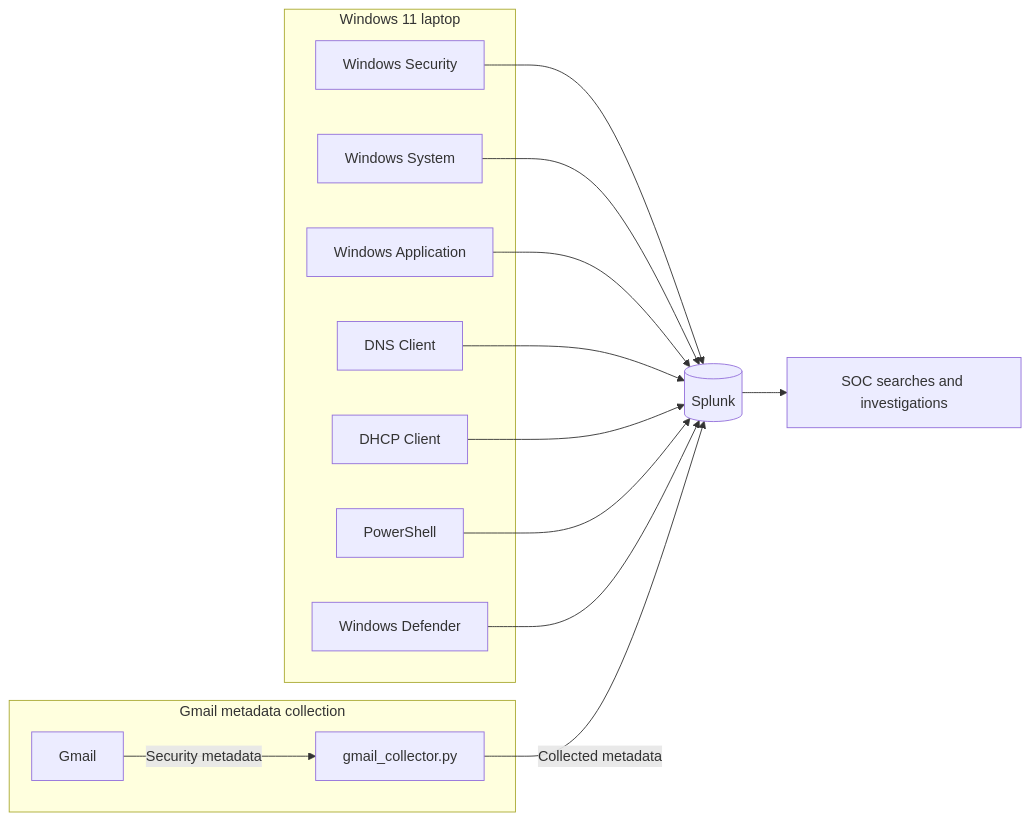
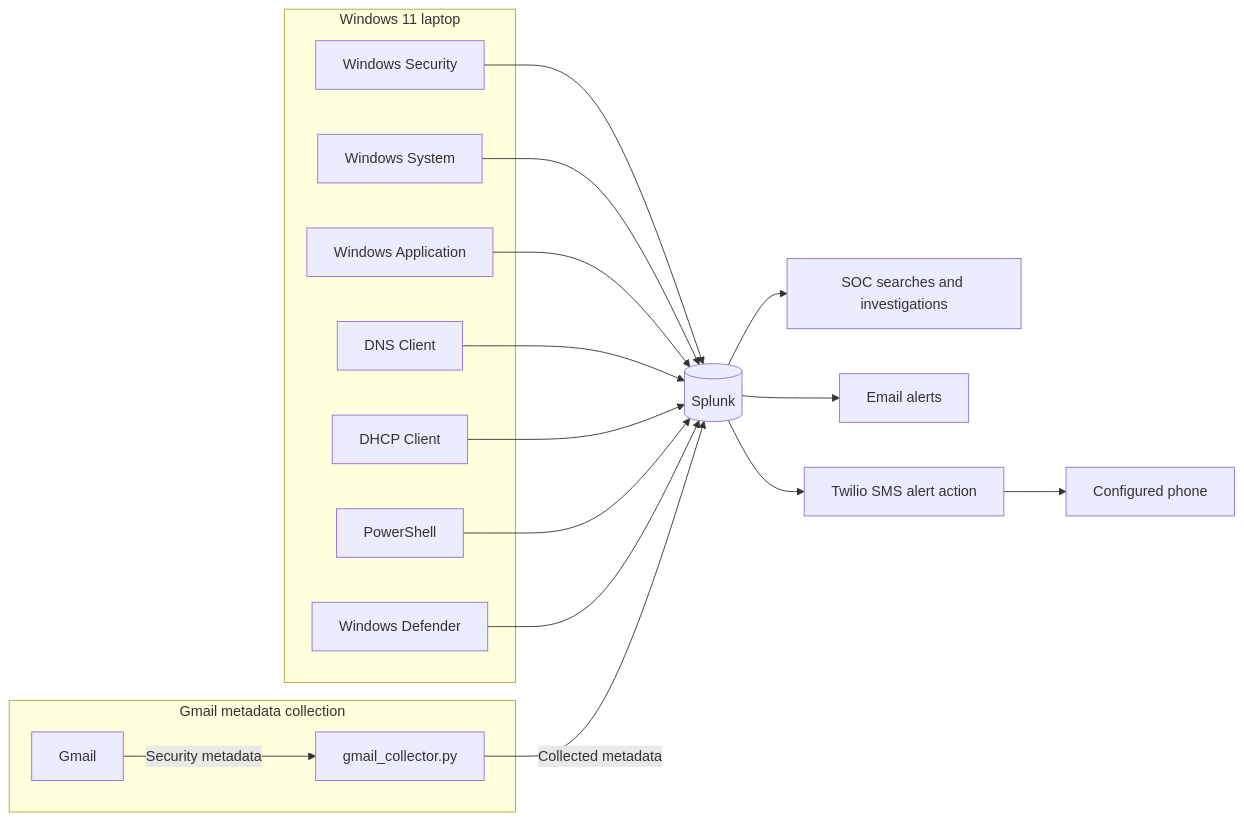
One commit to Manojgolla0516/Mini-soc-Lab changed the diagram in README.md. Above: the diagram before and after it, drawn with Mermaid. The commit also changed other lines of this file, not shown here.

Commit message:
Document configurable email and SMS alerting

````diff
--- a/README.md
+++ b/README.md
@@ -28,31 +29,34 @@
 ```mermaid
 flowchart LR
     subgraph Endpoint["Windows 11 laptop"]
         Security["Windows Security"]
         System["Windows System"]
         Application["Windows Application"]
         DNS["DNS Client"]
         DHCP["DHCP Client"]
         PowerShell["PowerShell"]
         Defender["Windows Defender"]
     end
 
     subgraph Mail["Gmail metadata collection"]
         Gmail["Gmail"]
         Collector["gmail_collector.py"]
         Gmail -->|"Security metadata"| Collector
     end
 
     Splunk[("Splunk")]
 
     Security --> Splunk
     System --> Splunk
     Application --> Splunk
     DNS --> Splunk
     DHCP --> Splunk
     PowerShell --> Splunk
     Defender --> Splunk
     Collector -->|"Collected metadata"| Splunk
 
     Splunk --> Investigation["SOC searches and investigations"]
+    Splunk --> Email["Email alerts"]
+    Splunk --> Twilio["Twilio SMS alert action"]
+    Twilio --> Phone["Configured phone"]
 ```
````
